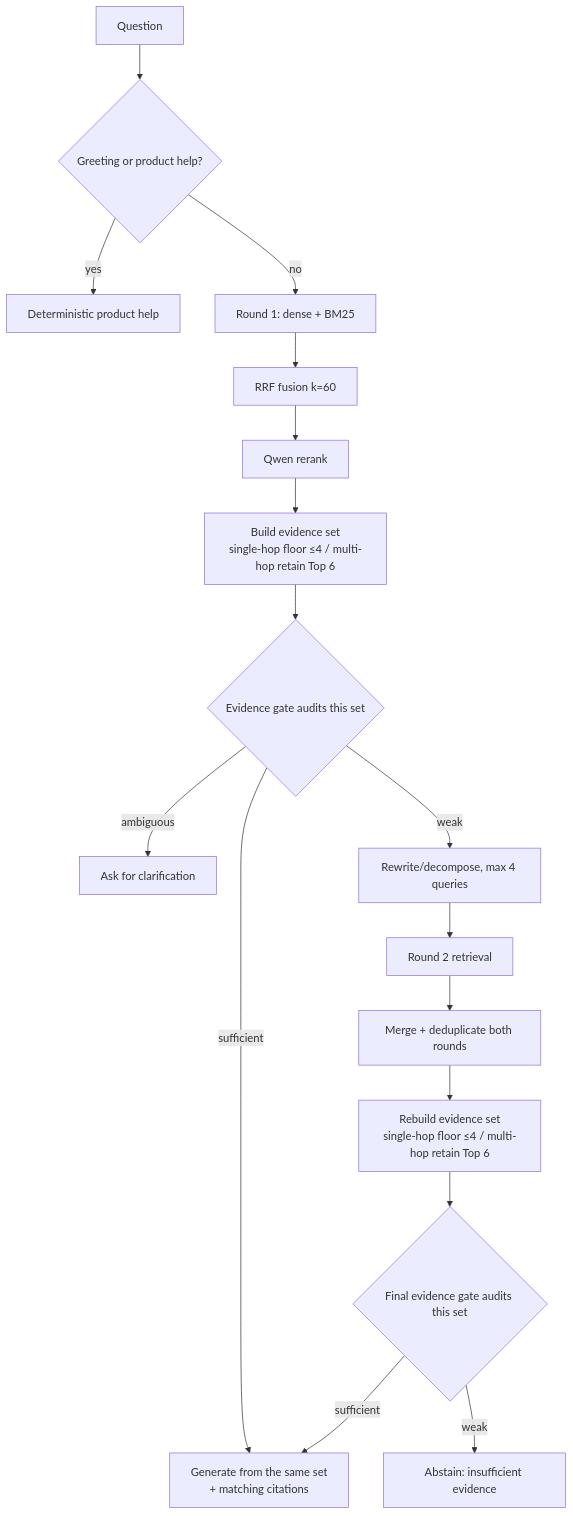
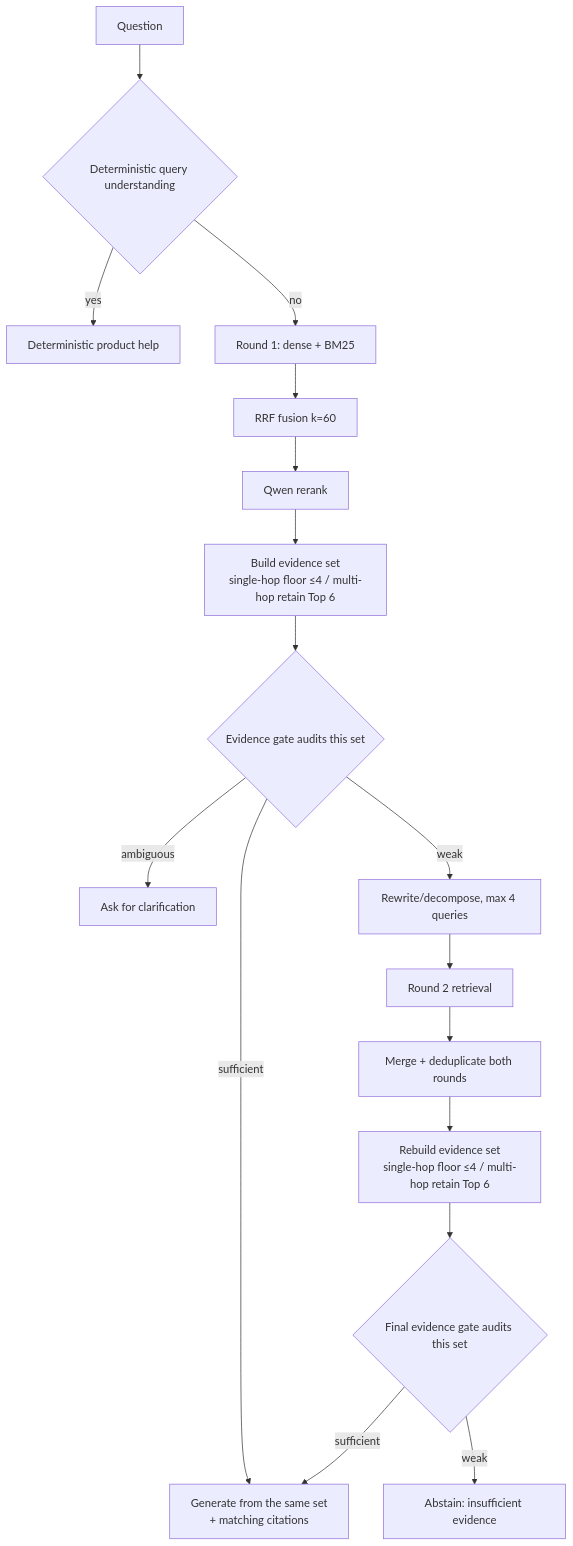
One commit to kinnyuww/traceable-agentic-rag changed the second of 2 diagrams in docs/ARCHITECTURE.md. Above: the diagram before and after it, drawn with Mermaid. The commit also changed other lines of this file and 37 other files, not shown here.

````diff
--- a/docs/ARCHITECTURE.md
+++ b/docs/ARCHITECTURE.md
@@ -56,19 +61,19 @@
 ```mermaid
 flowchart TD
-  Q[Question] --> Help{Greeting or product help?}
+  Q[Question] --> Help{Deterministic query understanding}
   Help -- yes --> Direct[Deterministic product help]
   Help -- no --> R1[Round 1: dense + BM25]
   R1 --> RRF[RRF fusion k=60]
   RRF --> RR[Qwen rerank]
   RR --> ES1[Build evidence set\nsingle-hop floor ≤4 / multi-hop retain Top 6]
   ES1 --> Gate{Evidence gate audits this set}
   Gate -- sufficient --> Answer[Generate from the same set\n+ matching citations]
   Gate -- ambiguous --> Clarify[Ask for clarification]
   Gate -- weak --> Plan[Rewrite/decompose, max 4 queries]
   Plan --> R2[Round 2 retrieval]
   R2 --> Merge[Merge + deduplicate both rounds]
   Merge --> ES2[Rebuild evidence set\nsingle-hop floor ≤4 / multi-hop retain Top 6]
   ES2 --> Gate2{Final evidence gate audits this set}
   Gate2 -- sufficient --> Answer
   Gate2 -- weak --> Stop[Abstain: insufficient evidence]
 ```
````
